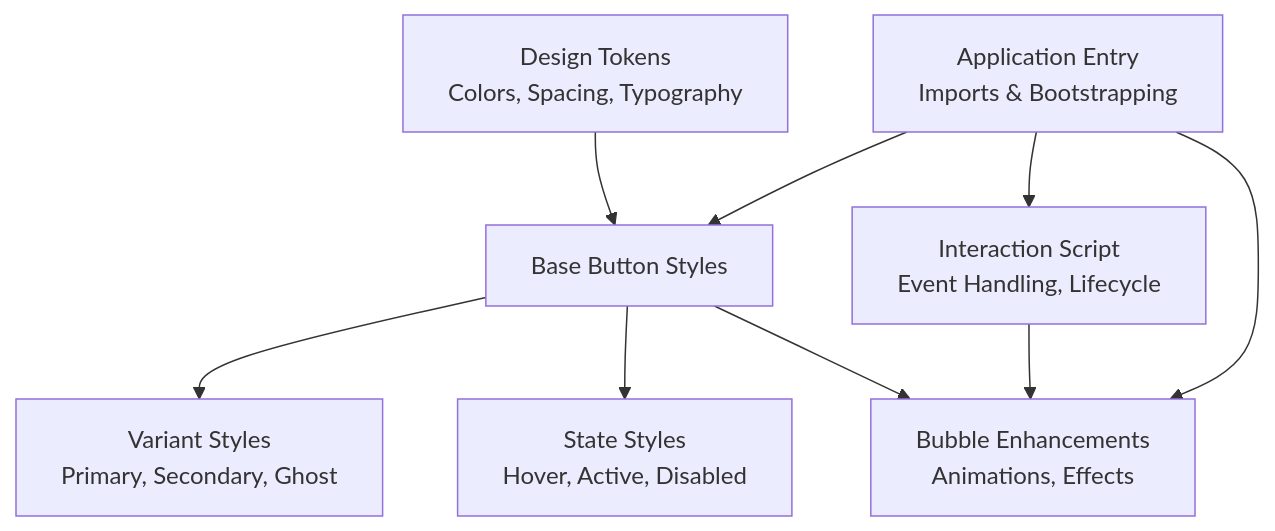
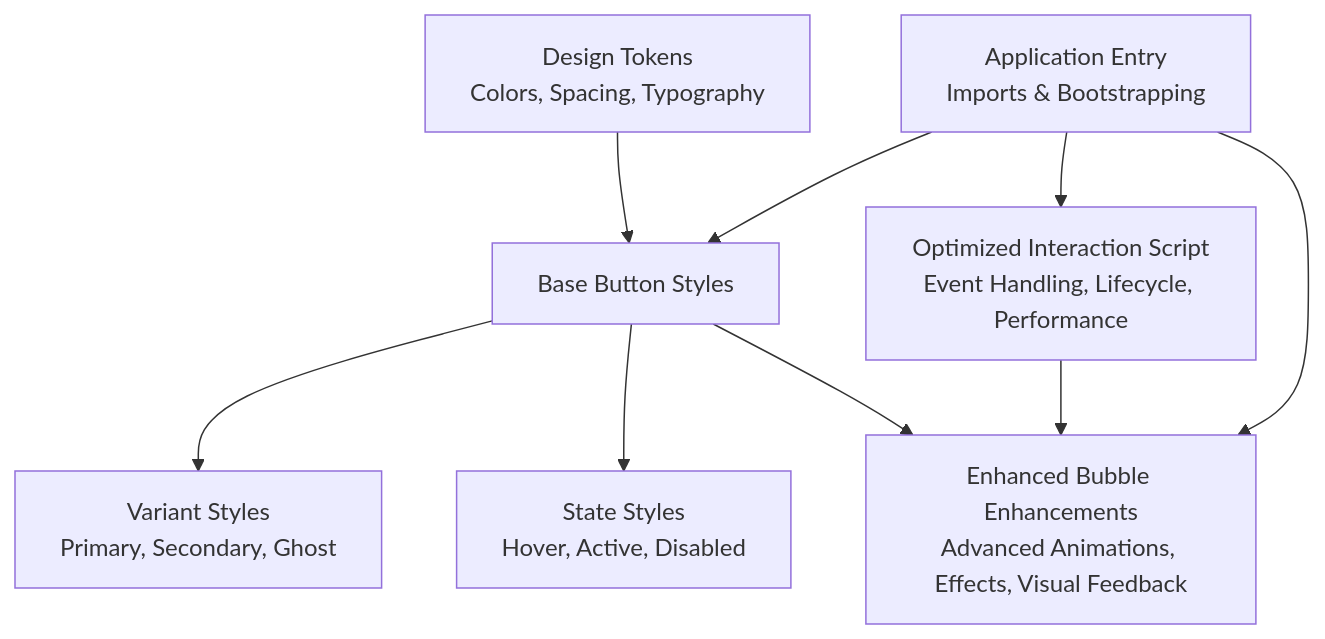
The second of 4 diagrams in .qoder/repowiki/en/content/Styling and Design System/Component Styling Patterns/Button System Architecture.md (Theja4/podiummomentum), drawn with Mermaid before and after one commit. The commit also changed other lines of this file and 24 other files, not shown here.

````diff
--- a/.qoder/repowiki/en/content/Styling and Design System/Component Styling Patterns/Button System Architecture.md
+++ b/.qoder/repowiki/en/content/Styling and Design System/Component Styling Patterns/Button System Architecture.md
@@ -95,11 +107,11 @@
 ```mermaid
 graph TB
 Tokens["Design Tokens<br/>Colors, Spacing, Typography"] --> Base["Base Button Styles"]
 Base --> Variants["Variant Styles<br/>Primary, Secondary, Ghost"]
 Base --> States["State Styles<br/>Hover, Active, Disabled"]
-Base --> BubbleEnhancements["Bubble Enhancements<br/>Animations, Effects"]
-Behavior["Interaction Script<br/>Event Handling, Lifecycle"] --> BubbleEnhancements
+Base --> BubbleEnhancements["Enhanced Bubble Enhancements<br/>Advanced Animations, Effects, Visual Feedback"]
+Behavior["Optimized Interaction Script<br/>Event Handling, Lifecycle, Performance"] --> BubbleEnhancements
 AppEntry["Application Entry<br/>Imports & Bootstrapping"] --> Base
 AppEntry --> BubbleEnhancements
 AppEntry --> Behavior
 ```
````
